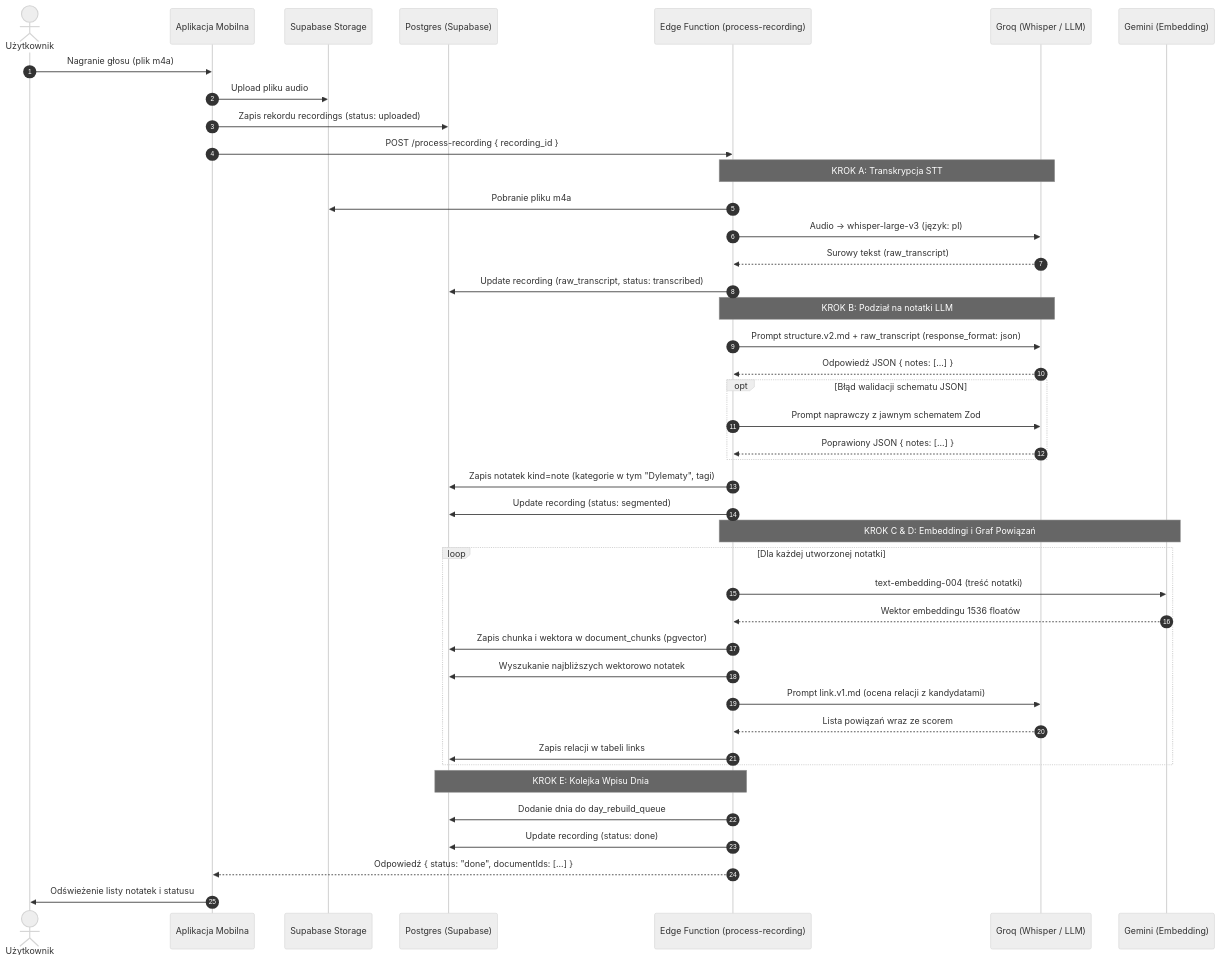
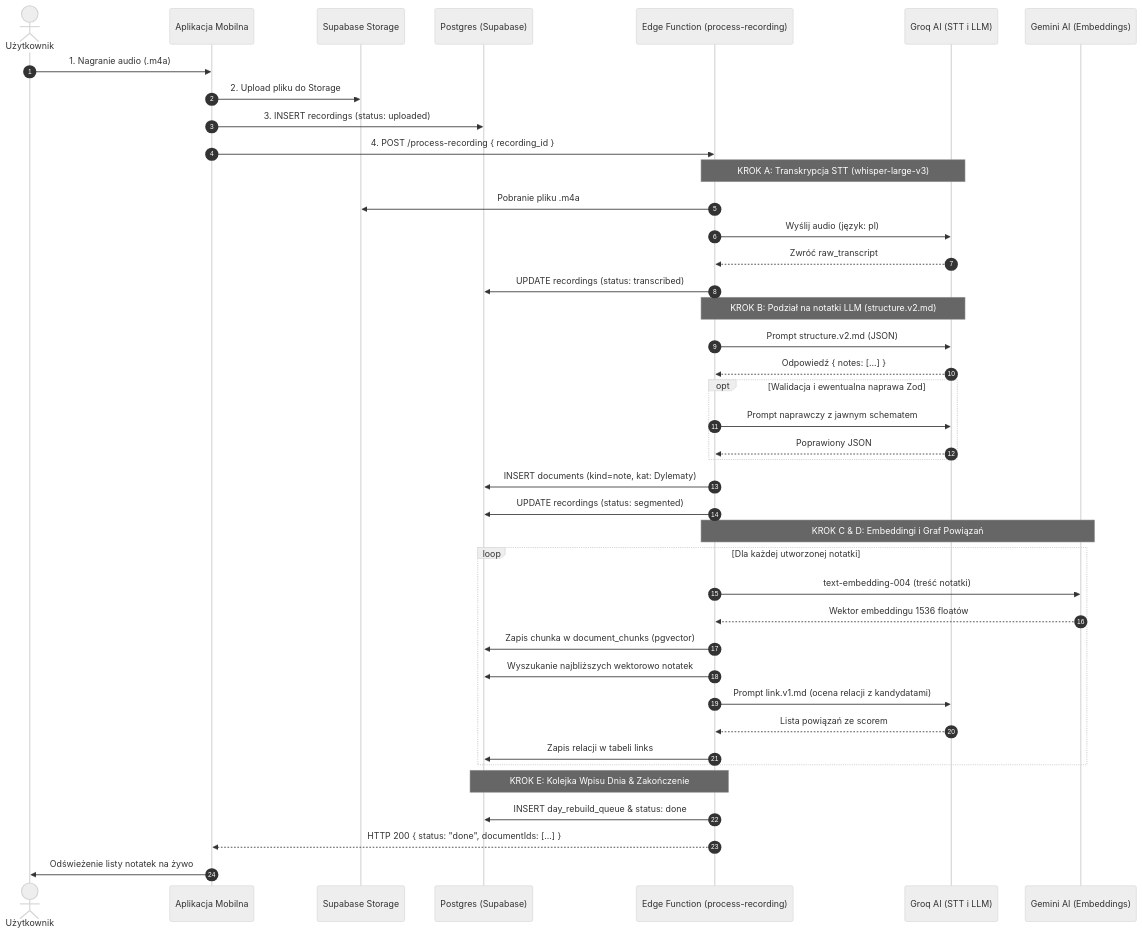
Before and after one commit to aiprojectmanagersznurowski-afk/diary_app: the second of 2 diagrams in docs/10-procesowanie-notatek-i-prompty.md, drawn with Mermaid (neutral theme). The commit also changed other lines of this file and 2 other files, not shown here.

Commit message:
docs: embed SVG diagrams and simplify mermaid in notes processing doc (#85)

````diff
--- a/docs/10-procesowanie-notatek-i-prompty.md
+++ b/docs/10-procesowanie-notatek-i-prompty.md
@@ -101,49 +78,48 @@
 ```mermaid
 sequenceDiagram
     autonumber
     actor U as Użytkownik
     participant App as Aplikacja Mobilna
     participant Storage as Supabase Storage
     participant DB as Postgres (Supabase)
     participant EF as Edge Function (process-recording)
-    participant Groq as Groq (Whisper / LLM)
-    participant Gem as Gemini (Embedding)
+    participant Groq as Groq AI (STT i LLM)
+    participant Gem as Gemini AI (Embeddings)
 
-    U->>App: Nagranie głosu (plik m4a)
-    App->>Storage: Upload pliku audio
-    App->>DB: Zapis rekordu recordings (status: uploaded)
-    App->>EF: POST /process-recording { recording_id }
+    U->>App: 1. Nagranie audio (.m4a)
+    App->>Storage: 2. Upload pliku do Storage
+    App->>DB: 3. INSERT recordings (status: uploaded)
+    App->>EF: 4. POST /process-recording { recording_id }
 
-    Note over EF,Groq: KROK A: Transkrypcja STT
-    EF->>Storage: Pobranie pliku m4a
-    EF->>Groq: Audio -> whisper-large-v3 (język: pl)
-    Groq-->>EF: Surowy tekst (raw_transcript)
-    EF->>DB: Update recording (raw_transcript, status: transcribed)
+    Note over EF,Groq: KROK A: Transkrypcja STT (whisper-large-v3)
+    EF->>Storage: Pobranie pliku .m4a
+    EF->>Groq: Wyślij audio (język: pl)
+    Groq-->>EF: Zwróć raw_transcript
+    EF->>DB: UPDATE recordings (status: transcribed)
 
-    Note over EF,Groq: KROK B: Podział na notatki LLM
-    EF->>Groq: Prompt structure.v2.md + raw_transcript (response_format: json)
-    Groq-->>EF: Odpowiedź JSON { notes: [...] }
-    opt Błąd walidacji schematu JSON
-        EF->>Groq: Prompt naprawczy z jawnym schematem Zod
-        Groq-->>EF: Poprawiony JSON { notes: [...] }
+    Note over EF,Groq: KROK B: Podział na notatki LLM (structure.v2.md)
+    EF->>Groq: Prompt structure.v2.md (JSON)
+    Groq-->>EF: Odpowiedź { notes: [...] }
+    opt Walidacja i ewentualna naprawa Zod
+        EF->>Groq: Prompt naprawczy z jawnym schematem
+        Groq-->>EF: Poprawiony JSON
     end
-    EF->>DB: Zapis notatek kind=note (kategorie w tym "Dylematy", tagi)
-    EF->>DB: Update recording (status: segmented)
+    EF->>DB: INSERT documents (kind=note, kat: Dylematy)
+    EF->>DB: UPDATE recordings (status: segmented)
 
     Note over EF,Gem: KROK C & D: Embeddingi i Graf Powiązań
     loop Dla każdej utworzonej notatki
         EF->>Gem: text-embedding-004 (treść notatki)
         Gem-->>EF: Wektor embeddingu 1536 floatów
-        EF->>DB: Zapis chunka i wektora w document_chunks (pgvector)
+        EF->>DB: Zapis chunka w document_chunks (pgvector)
         EF->>DB: Wyszukanie najbliższych wektorowo notatek
         EF->>Groq: Prompt link.v1.md (ocena relacji z kandydatami)
-        Groq-->>EF: Lista powiązań wraz ze scorem
+        Groq-->>EF: Lista powiązań ze scorem
         EF->>DB: Zapis relacji w tabeli links
     end
 
-    Note over EF,DB: KROK E: Kolejka Wpisu Dnia
-    EF->>DB: Dodanie dnia do day_rebuild_queue
-    EF->>DB: Update recording (status: done)
-    EF-->>App: Odpowiedź { status: "done", documentIds: [...] }
-    App->>U: Odświeżenie listy notatek i statusu
+    Note over EF,DB: KROK E: Kolejka Wpisu Dnia & Zakończenie
+    EF->>DB: INSERT day_rebuild_queue & status: done
+    EF-->>App: HTTP 200 { status: "done", documentIds: [...] }
+    App->>U: Odświeżenie listy notatek na żywo
 ```
````
